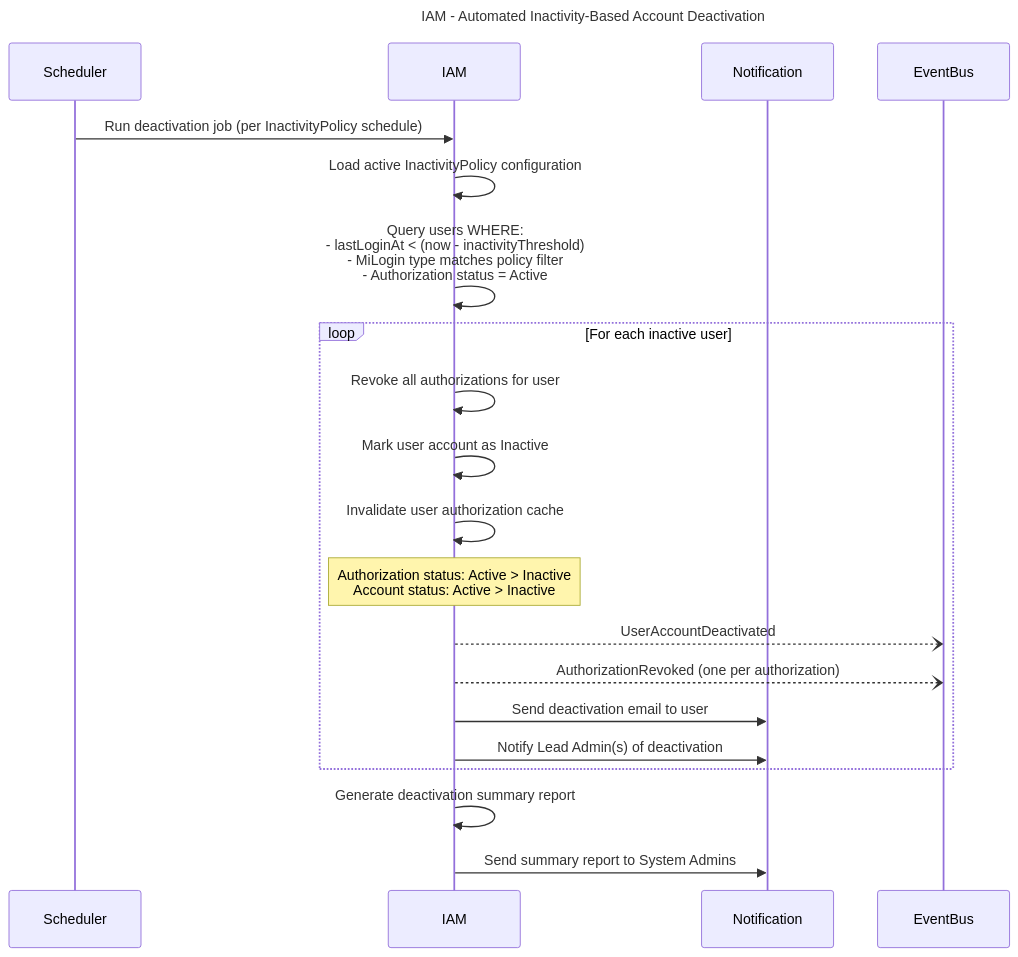
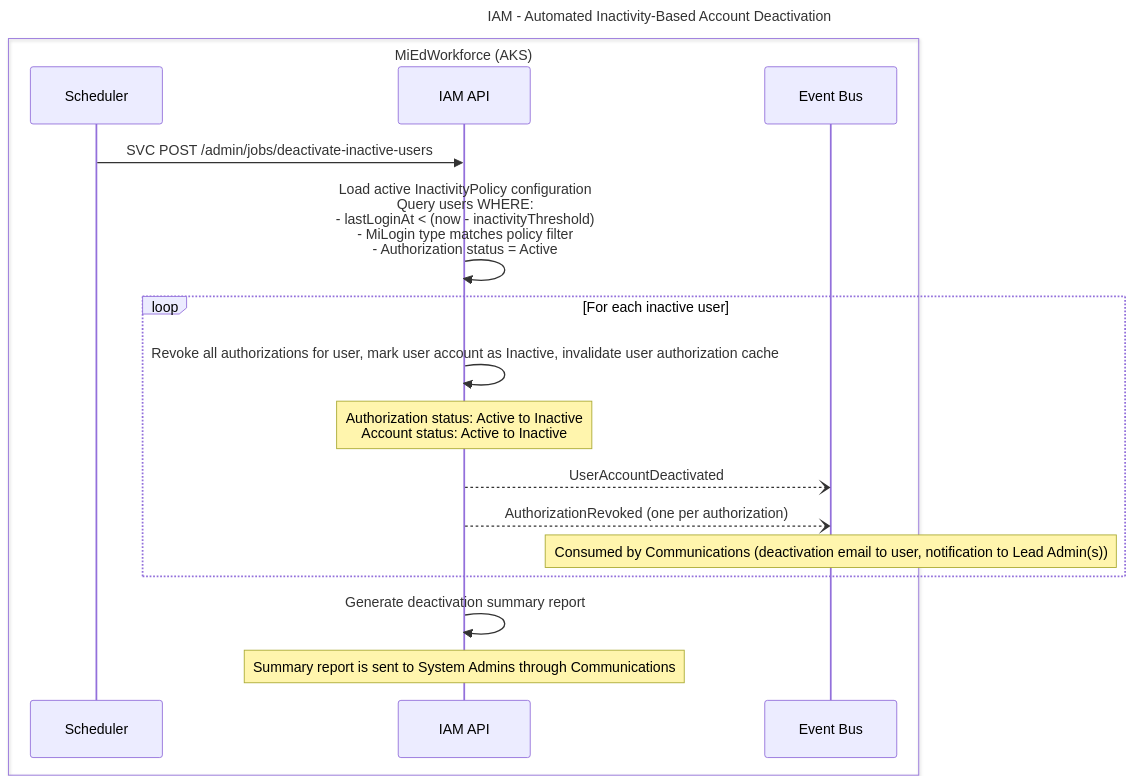
Before and after one commit to mnichols-dl/mied-design: diagram 13 of 23 in working-docs/solution-areas/iam/iam-sequences.md, drawn with Mermaid. The commit also changed other lines of this file and 34 other files, not shown here.

Commit message:
Update sequences and perform RTM assessment

````diff
--- a/working-docs/solution-areas/iam/iam-sequences.md
+++ b/working-docs/solution-areas/iam/iam-sequences.md
@@ -714,30 +744,27 @@
 ```mermaid
 ---
 title: IAM - Automated Inactivity-Based Account Deactivation
 ---
 sequenceDiagram
+    box MiEdWorkforce (AKS)
     participant Scheduler
-    participant IAM
-    participant Notification
-    participant EventBus
-    
-    Scheduler->>IAM: Run deactivation job (per InactivityPolicy schedule)
-    IAM->>IAM: Load active InactivityPolicy configuration
-    IAM->>IAM: Query users WHERE:<br/>- lastLoginAt < (now - inactivityThreshold)<br/>- MiLogin type matches policy filter<br/>- Authorization status = Active
-    
+    participant IamApi as IAM API
+    participant EventBus as Event Bus
+    end
+
+    Scheduler->>IamApi: SVC POST /admin/jobs/deactivate-inactive-users
+    IamApi->>IamApi: Load active InactivityPolicy configuration<br/>Query users WHERE:<br/>- lastLoginAt < (now - inactivityThreshold)<br/>- MiLogin type matches policy filter<br/>- Authorization status = Active
+
     loop For each inactive user
-        IAM->>IAM: Revoke all authorizations for user
-        IAM->>IAM: Mark user account as Inactive
-        IAM->>IAM: Invalidate user authorization cache
-        
-        Note over IAM: Authorization status: Active > Inactive<br/>Account status: Active > Inactive
-        
-        IAM--)EventBus: UserAccountDeactivated
-        IAM--)EventBus: AuthorizationRevoked (one per authorization)
-        IAM->>Notification: Send deactivation email to user
-        IAM->>Notification: Notify Lead Admin(s) of deactivation
+        IamApi->>IamApi: Revoke all authorizations for user, mark user account as Inactive, invalidate user authorization cache
+
+        Note over IamApi: Authorization status: Active to Inactive<br/>Account status: Active to Inactive
+
+        IamApi--)EventBus: UserAccountDeactivated
+        IamApi--)EventBus: AuthorizationRevoked (one per authorization)
+        Note over EventBus: Consumed by Communications (deactivation email to user, notification to Lead Admin(s))
     end
-    
-    IAM->>IAM: Generate deactivation summary report
-    IAM->>Notification: Send summary report to System Admins
+
+    IamApi->>IamApi: Generate deactivation summary report
+    Note over IamApi: Summary report is sent to System Admins through Communications
 ```
````
